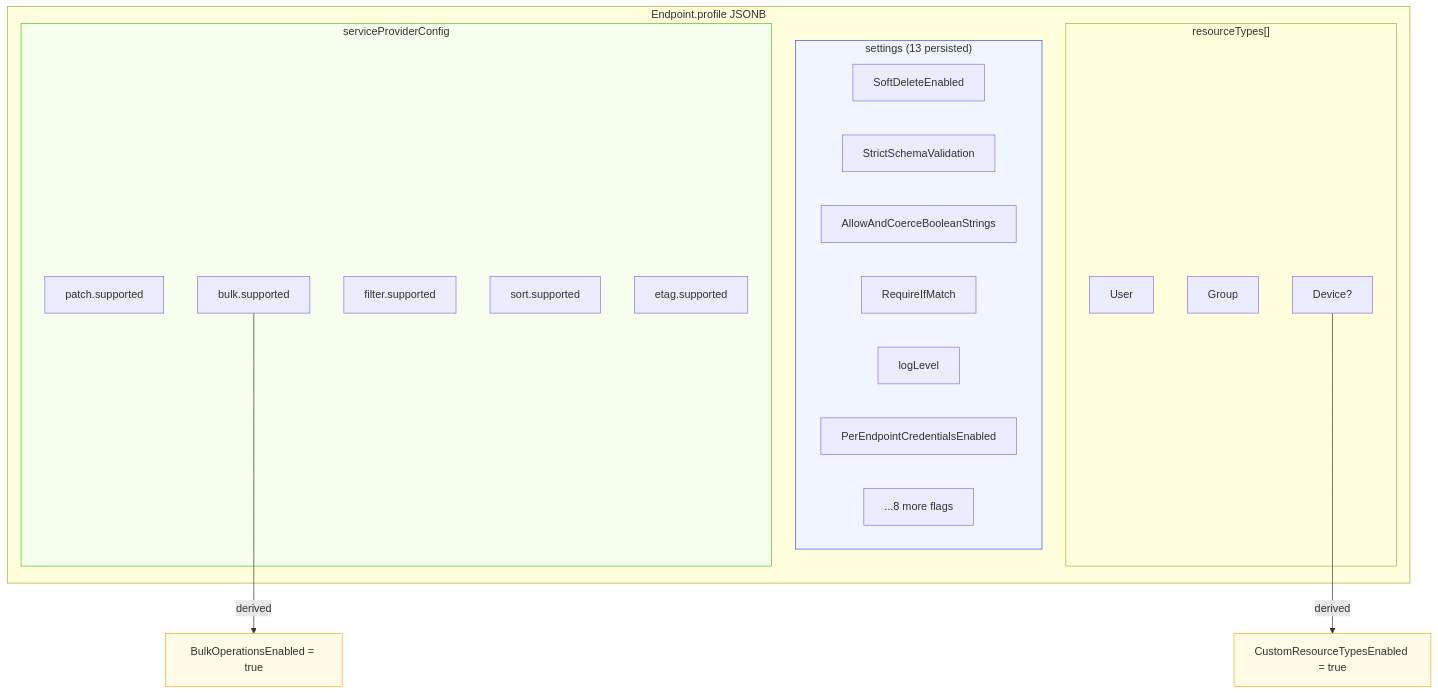
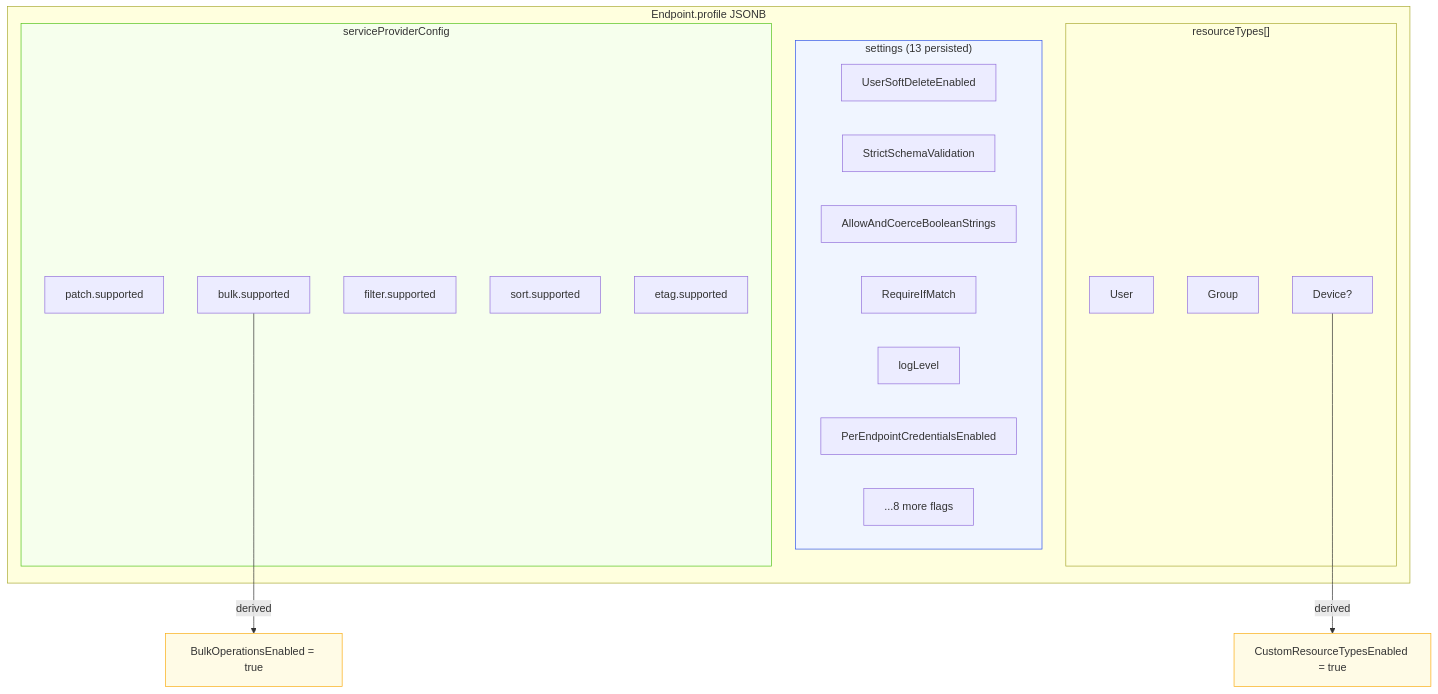
One commit to pranems/SCIMServer changed diagram 15 of 20 in docs/SCHEMA_TEMPLATES_DESIGN.md. Above: the diagram before and after it, drawn with Mermaid. The commit also changed other lines of this file and 82 other files, not shown here.

First line of the commit message:
feat: remove deletedAt, implement UserSoftDeleteEnabled PATCH gate, update docs

````diff
--- a/docs/SCHEMA_TEMPLATES_DESIGN.md
+++ b/docs/SCHEMA_TEMPLATES_DESIGN.md
@@ -1293,34 +1292,34 @@
 ```mermaid
 flowchart TB
     subgraph ProfileJSONB["Endpoint.profile JSONB"]
         subgraph SPC["serviceProviderConfig"]
             PATCH_CAP["patch.supported"]
             BULK_CAP["bulk.supported"]
             FILTER_CAP["filter.supported"]
             SORT_CAP["sort.supported"]
             ETAG_CAP["etag.supported"]
         end
         subgraph Settings["settings (13 persisted)"]
-            SD["SoftDeleteEnabled"]
+            SD["UserSoftDeleteEnabled"]
             SSV["StrictSchemaValidation"]
             ABC["AllowAndCoerceBooleanStrings"]
             RIM["RequireIfMatch"]
             LL["logLevel"]
             PEC["PerEndpointCredentialsEnabled"]
             OTHER["...8 more flags"]
         end
         subgraph RTypes["resourceTypes[]"]
             USER_RT["User"]
             GROUP_RT["Group"]
             CUSTOM_RT["Device?"]
         end
     end
 
     BULK_CAP -->|"derived"| BULK_ENABLED["BulkOperationsEnabled = true"]
     CUSTOM_RT -->|"derived"| CRT_ENABLED["CustomResourceTypesEnabled = true"]
 
     style BULK_ENABLED fill:#fffbe6,stroke:#faad14
     style CRT_ENABLED fill:#fffbe6,stroke:#faad14
     style Settings fill:#f0f5ff,stroke:#2f54eb
     style SPC fill:#f6ffed,stroke:#52c41a
 ```
````
